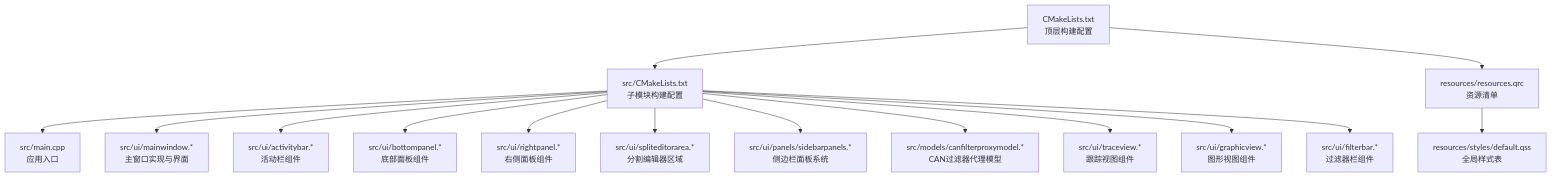
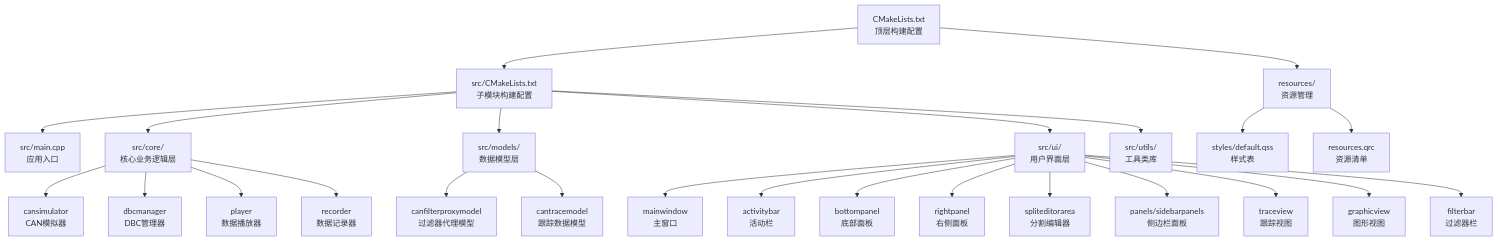
Before and after one commit to jakecai1225-design/OpenBus: the first of 8 diagrams in .qoder/repowiki/zh/content/架构设计/架构设计.md, drawn with Mermaid. The commit also changed other lines of this file and 25 other files, not shown here.

````diff
--- a/.qoder/repowiki/zh/content/架构设计/架构设计.md
+++ b/.qoder/repowiki/zh/content/架构设计/架构设计.md
@@ -56,17 +56,27 @@
 ```mermaid
 graph TB
 A["CMakeLists.txt<br/>顶层构建配置"] --> B["src/CMakeLists.txt<br/>子模块构建配置"]
 B --> C["src/main.cpp<br/>应用入口"]
-B --> D["src/ui/mainwindow.*<br/>主窗口实现与界面"]
-B --> E["src/ui/activitybar.*<br/>活动栏组件"]
-B --> F["src/ui/bottompanel.*<br/>底部面板组件"]
-B --> G["src/ui/rightpanel.*<br/>右侧面板组件"]
-B --> H["src/ui/spliteditorarea.*<br/>分割编辑器区域"]
-B --> I["src/ui/panels/sidebarpanels.*<br/>侧边栏面板系统"]
-B --> J["src/models/canfilterproxymodel.*<br/>CAN过滤器代理模型"]
-B --> K["src/ui/traceview.*<br/>跟踪视图组件"]
-B --> L["src/ui/graphicview.*<br/>图形视图组件"]
-B --> M["src/ui/filterbar.*<br/>过滤器栏组件"]
-A --> N["resources/resources.qrc<br/>资源清单"]
-N --> O["resources/styles/default.qss<br/>全局样式表"]
+B --> D["src/core/<br/>核心业务逻辑层"]
+B --> E["src/models/<br/>数据模型层"]
+B --> F["src/ui/<br/>用户界面层"]
+B --> G["src/utils/<br/>工具类库"]
+D --> H["cansimulator<br/>CAN模拟器"]
+D --> I["dbcmanager<br/>DBC管理器"]
+D --> J["player<br/>数据播放器"]
+D --> K["recorder<br/>数据记录器"]
+E --> L["canfilterproxymodel<br/>过滤器代理模型"]
+E --> M["cantracemodel<br/>跟踪数据模型"]
+F --> N["mainwindow<br/>主窗口"]
+F --> O["activitybar<br/>活动栏"]
+F --> P["bottompanel<br/>底部面板"]
+F --> Q["rightpanel<br/>右侧面板"]
+F --> R["spliteditorarea<br/>分割编辑器"]
+F --> S["panels/sidebarpanels<br/>侧边栏面板"]
+F --> T["traceview<br/>跟踪视图"]
+F --> U["graphicview<br/>图形视图"]
+F --> V["filterbar<br/>过滤器栏"]
+A --> W["resources/<br/>资源管理"]
+W --> X["styles/default.qss<br/>样式表"]
+W --> Y["resources.qrc<br/>资源清单"]
 ```
````
